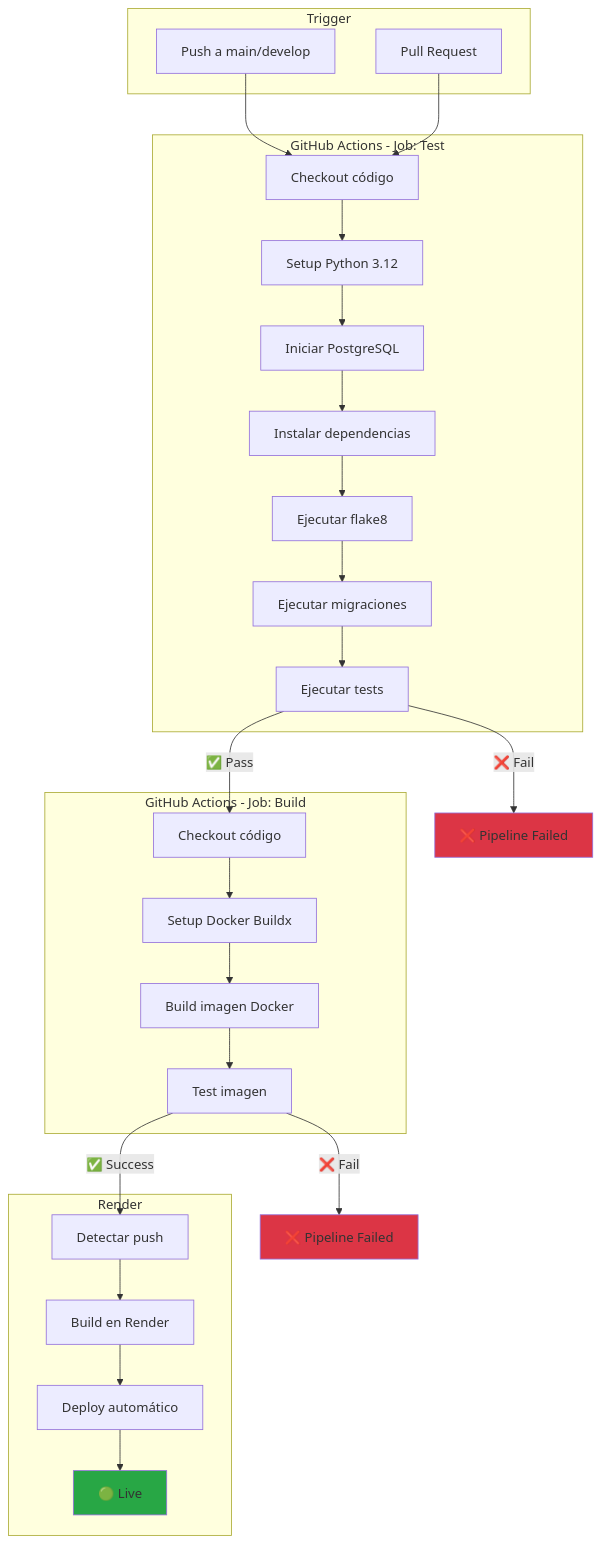
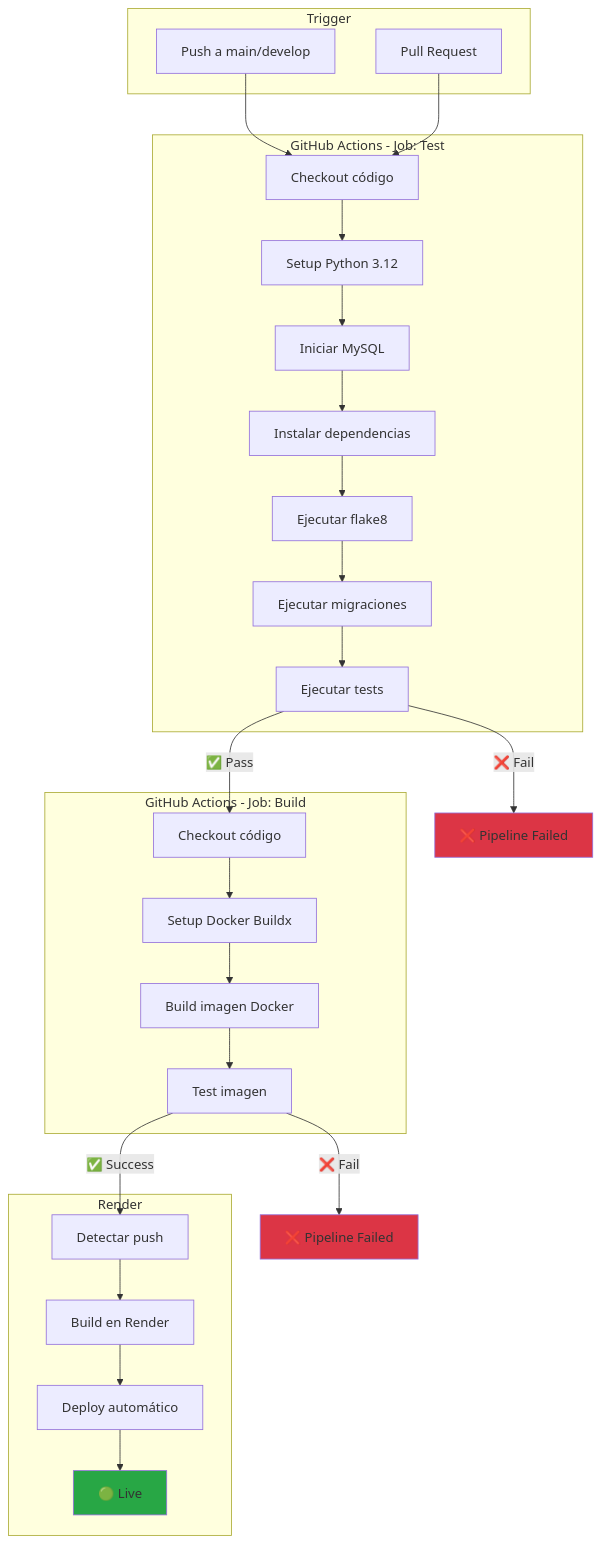
One commit to MiguelSP040/codemio_back changed the seventh of 16 diagrams in PROJECT_MAP.md. Above: the diagram before and after it, drawn with Mermaid. The commit also changed other lines of this file and 8 other files, not shown here.

Commit message:
refactor(database): migrate from PostgreSQL to MySQL, update configurations and documentation

````diff
--- a/PROJECT_MAP.md
+++ b/PROJECT_MAP.md
@@ -250,58 +250,58 @@
 ```mermaid
 flowchart TB
     subgraph "Trigger"
         PUSH[Push a main/develop]
         PR[Pull Request]
     end
     
     subgraph "GitHub Actions - Job: Test"
         CHECKOUT1[Checkout código]
         SETUP1[Setup Python 3.12]
-        POSTGRES[Iniciar PostgreSQL]
+        MYSQL[Iniciar MySQL]
         INSTALL1[Instalar dependencias]
         FLAKE[Ejecutar flake8]
         MIGRATE[Ejecutar migraciones]
         TEST[Ejecutar tests]
     end
     
     subgraph "GitHub Actions - Job: Build"
         CHECKOUT2[Checkout código]
         BUILDX[Setup Docker Buildx]
         BUILD[Build imagen Docker]
         TESTIMG[Test imagen]
     end
     
     subgraph "Render"
         DETECT[Detectar push]
         BUILDR[Build en Render]
         DEPLOY[Deploy automático]
         LIVE[🟢 Live]
     end
     
     PUSH --> CHECKOUT1
     PR --> CHECKOUT1
     
     CHECKOUT1 --> SETUP1
-    SETUP1 --> POSTGRES
-    POSTGRES --> INSTALL1
+    SETUP1 --> MYSQL
+    MYSQL --> INSTALL1
     INSTALL1 --> FLAKE
     FLAKE --> MIGRATE
     MIGRATE --> TEST
     
     TEST -->|✅ Pass| CHECKOUT2
     CHECKOUT2 --> BUILDX
     BUILDX --> BUILD
     BUILD --> TESTIMG
     
     TESTIMG -->|✅ Success| DETECT
     DETECT --> BUILDR
     BUILDR --> DEPLOY
     DEPLOY --> LIVE
     
     TEST -->|❌ Fail| FAIL1[❌ Pipeline Failed]
     TESTIMG -->|❌ Fail| FAIL2[❌ Pipeline Failed]
     
     style LIVE fill:#28a745
     style FAIL1 fill:#dc3545
     style FAIL2 fill:#dc3545
 ```
````
